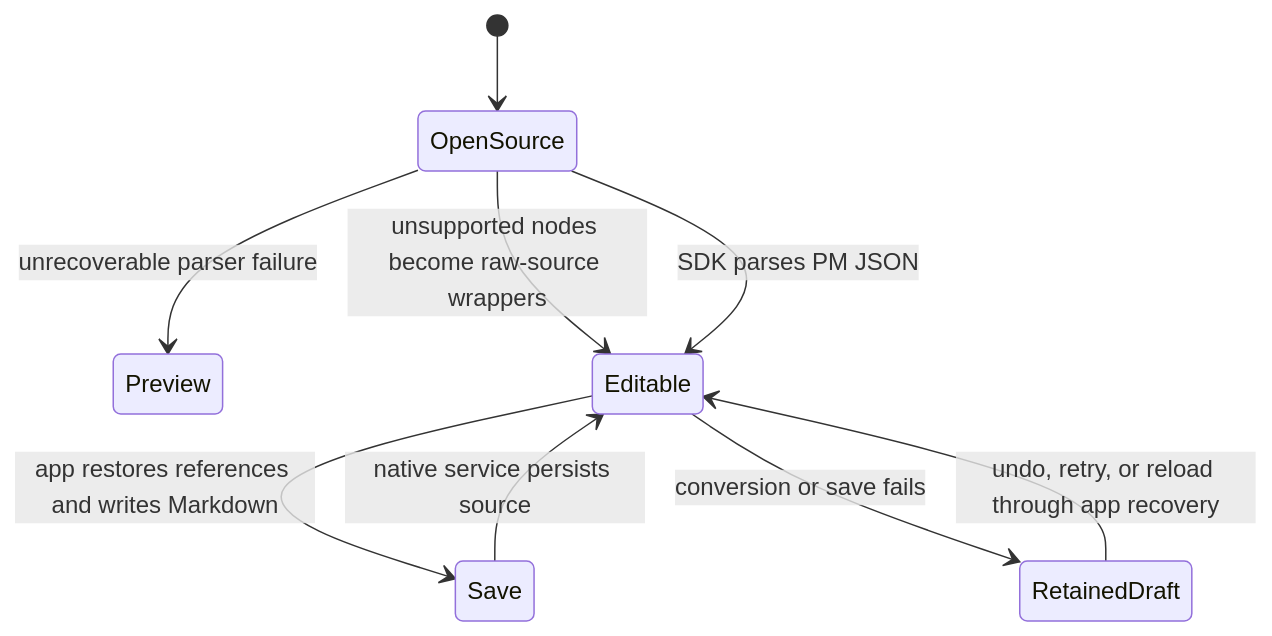
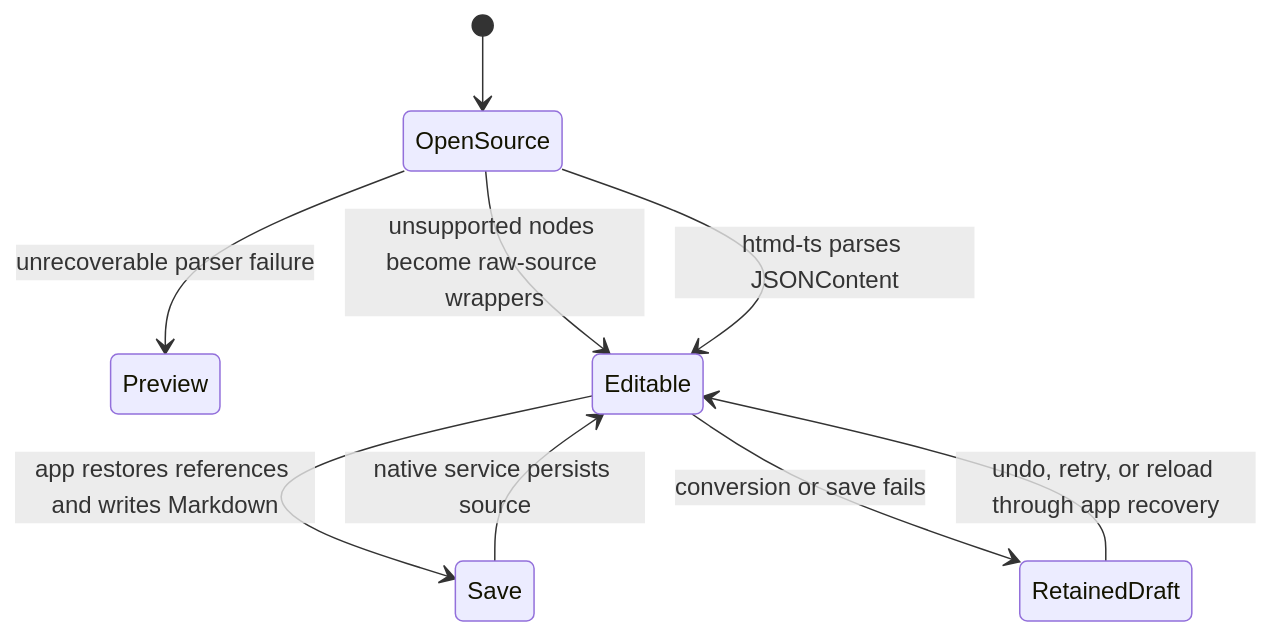
One commit to hypertextual/hypertextual changed the second of 2 diagrams in docs/architecture/ui/editor-source.md. Above: the diagram before and after it, drawn with Mermaid. The commit also changed other lines of this file and 111 other files, not shown here.

````diff
--- a/docs/architecture/ui/editor-source.md
+++ b/docs/architecture/ui/editor-source.md
@@ -48,11 +55,11 @@
 ```mermaid
 stateDiagram-v2
     [*] --> OpenSource
     OpenSource --> Preview: unrecoverable parser failure
     OpenSource --> Editable: unsupported nodes become raw-source wrappers
-    OpenSource --> Editable: SDK parses PM JSON
+    OpenSource --> Editable: htmd-ts parses JSONContent
     Editable --> Save: app restores references and writes Markdown
     Save --> Editable: native service persists source
     Editable --> RetainedDraft: conversion or save fails
     RetainedDraft --> Editable: undo, retry, or reload through app recovery
 ```
````
